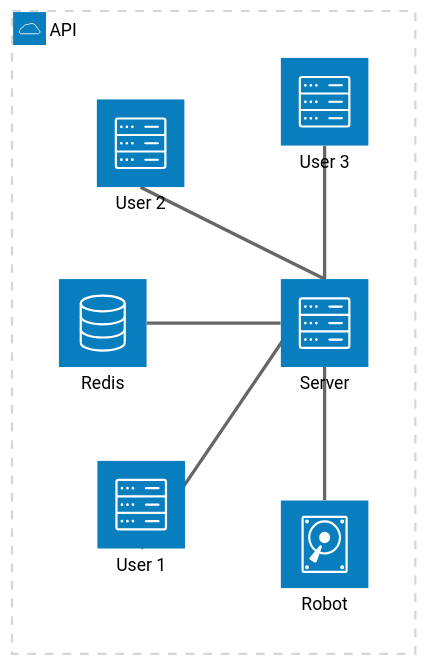
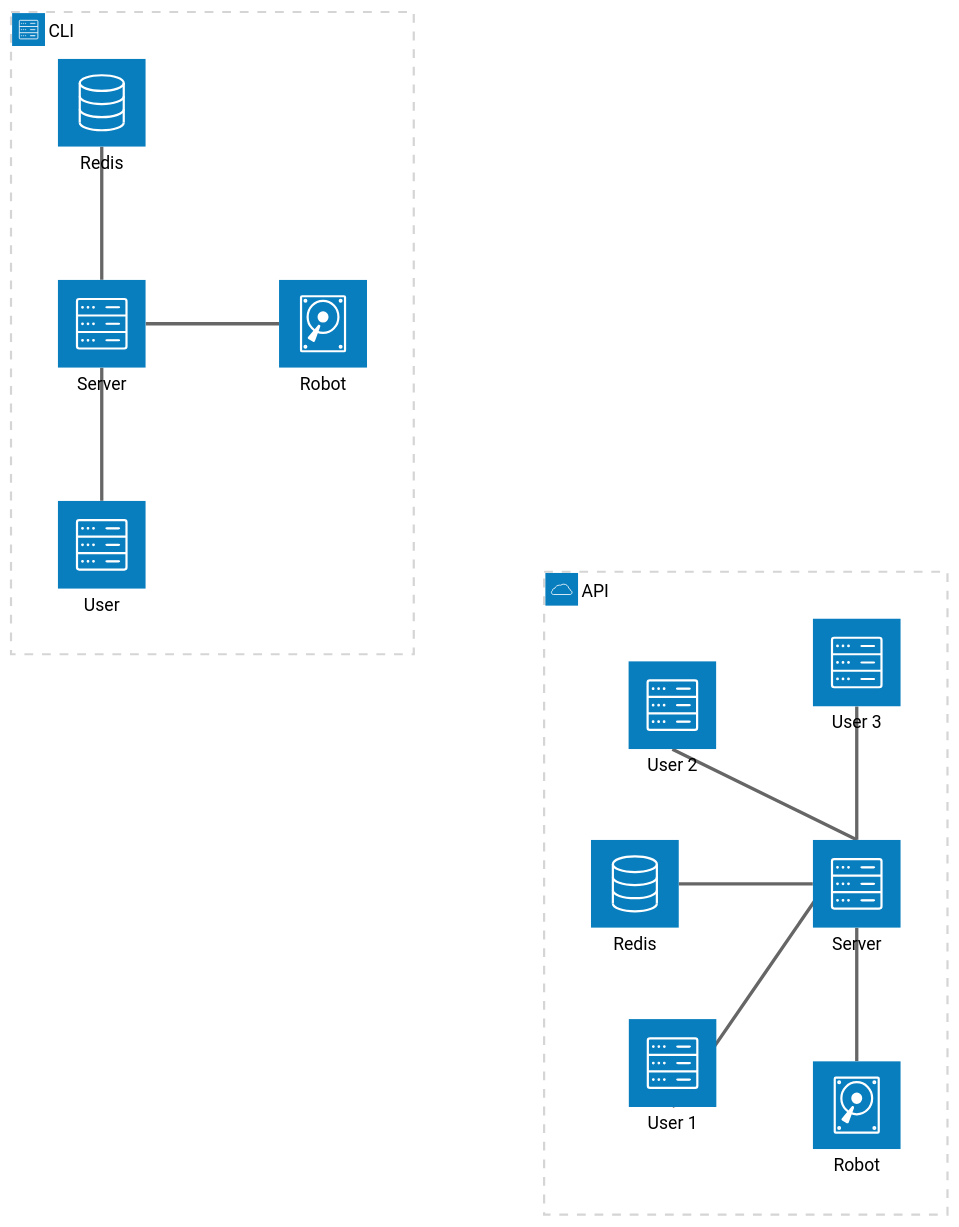
The diagram in README.md (jimanx2/seek-robot-problem), drawn with Mermaid (neutral theme) before and after one commit.

````diff
--- a/README.md
+++ b/README.md
@@ -33,17 +33,28 @@
 ```mermaid
 architecture-beta
     group api(cloud)[API]
 
     service db(database)[Redis] in api
     service user1(server)[User 1] in api
     service user2(server)[User 2] in api
     service user3(server)[User 3] in api
     service server(server)[Server] in api
     service robot(disk)[Robot] in api
 
     db:R -- L:server
     user1:B -- T:server
     user2:B -- T:server
     user3:B -- T:server
     robot:T -- B:server
+
+    group cli(server)[CLI]
+
+    service dbB(database)[Redis] in cli
+    service userB(server)[User] in cli
+    service serverB(server)[Server] in cli
+    service robotB(disk)[Robot] in cli
+
+    dbB:B -- T:serverB
+    userB:T -- B:serverB
+    robotB:L -- R:serverB
 ```
````
